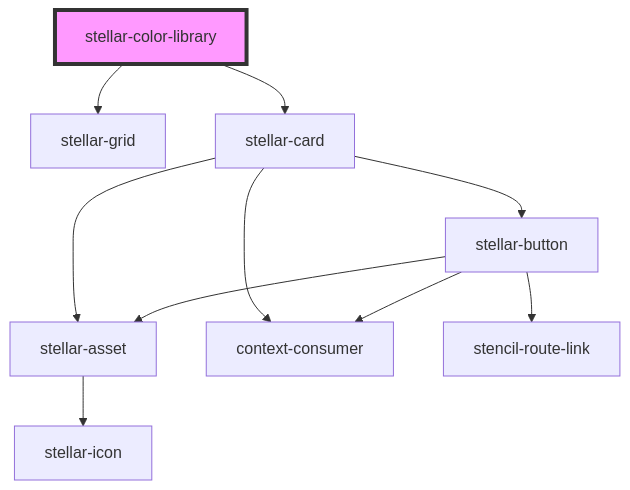
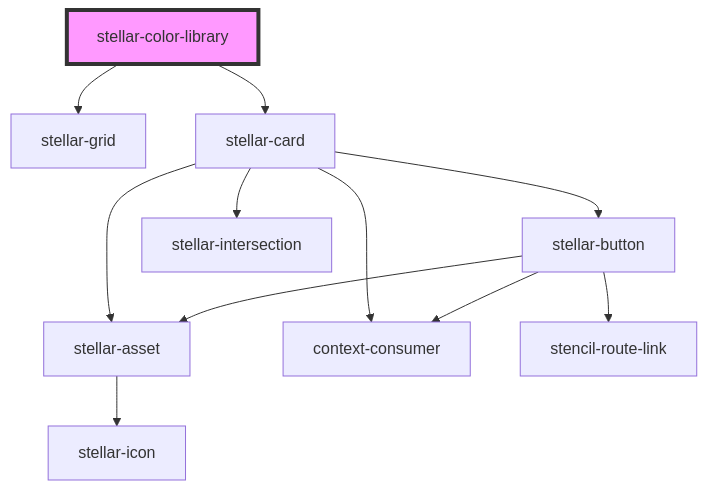
One commit to splitinfinities/Stellar changed the diagram in src/components/helpers/color-library/readme.md. Above: the diagram before and after it, drawn with Mermaid. The commit also changed 12 other files, not shown here.

````diff
--- a/src/components/helpers/color-library/readme.md
+++ b/src/components/helpers/color-library/readme.md
@@ -24,13 +24,14 @@
 ```mermaid
 graph TD;
   stellar-color-library --> stellar-grid
   stellar-color-library --> stellar-card
   stellar-card --> stellar-button
   stellar-card --> stellar-asset
+  stellar-card --> stellar-intersection
   stellar-card --> context-consumer
   stellar-button --> stellar-asset
   stellar-button --> stencil-route-link
   stellar-button --> context-consumer
   stellar-asset --> stellar-icon
   style stellar-color-library fill:#f9f,stroke:#333,stroke-width:4px
 ```
````
